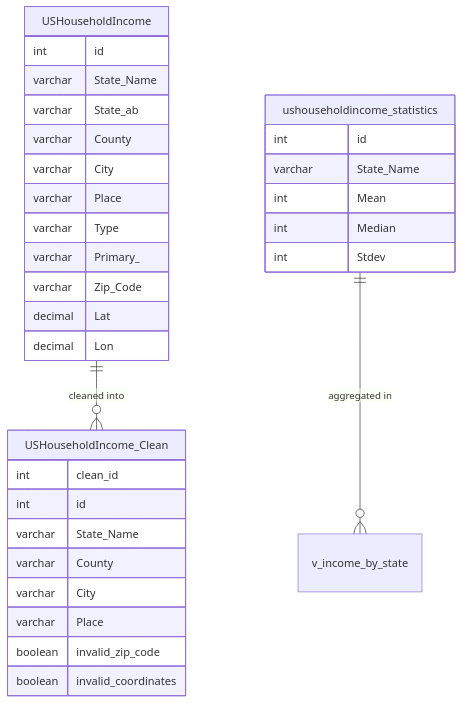
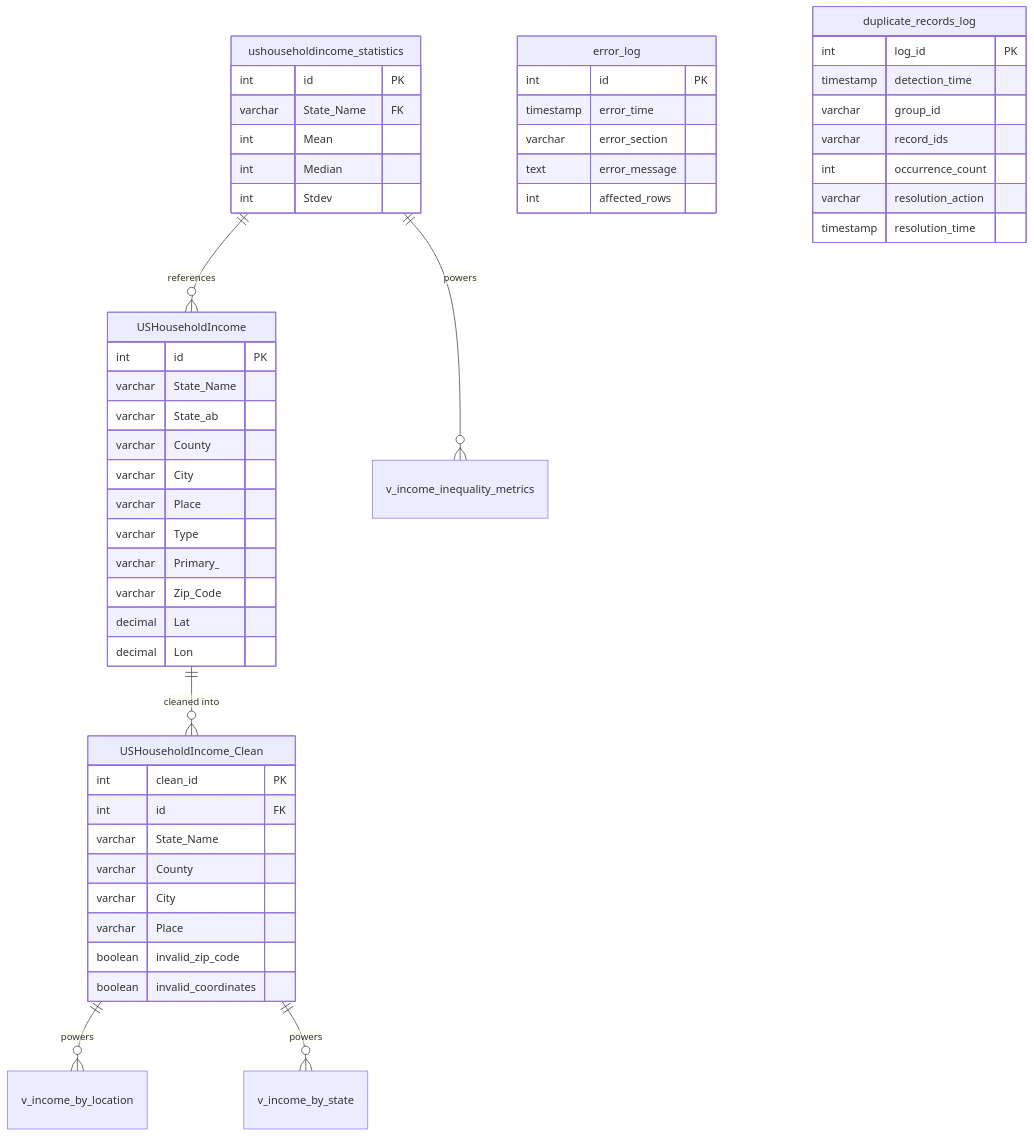
The fourth of 10 diagrams in us-household-income-analysis/README.md (tzolkowski96/tzolkowski96), drawn with Mermaid before and after one commit. The commit also changed other lines of this file, not shown here.

````diff
--- a/us-household-income-analysis/README.md
+++ b/us-household-income-analysis/README.md
@@ -387,38 +455,60 @@
 ```mermaid
 erDiagram
     USHouseholdIncome {
-        int id
+        int id PK
         varchar State_Name
         varchar State_ab
         varchar County
         varchar City
         varchar Place
         varchar Type
         varchar Primary_
         varchar Zip_Code
         decimal Lat
         decimal Lon
     }
     
     ushouseholdincome_statistics {
-        int id
-        varchar State_Name
+        int id PK
+        varchar State_Name FK
         int Mean
         int Median
         int Stdev
     }
     
     USHouseholdIncome_Clean {
-        int clean_id
-        int id
+        int clean_id PK
+        int id FK
         varchar State_Name
         varchar County
         varchar City
         varchar Place
         boolean invalid_zip_code
         boolean invalid_coordinates
     }
     
+    error_log {
+        int id PK
+        timestamp error_time
+        varchar error_section
+        text error_message
+        int affected_rows
+    }
+    
+    duplicate_records_log {
+        int log_id PK
+        timestamp detection_time
+        varchar group_id
+        varchar record_ids
+        int occurrence_count
+        varchar resolution_action
+        timestamp resolution_time
+    }
+    
     USHouseholdIncome ||--o{ USHouseholdIncome_Clean : "cleaned into"
-    ushouseholdincome_statistics ||--o{ v_income_by_state : "aggregated in"
+    ushouseholdincome_statistics ||--o{ USHouseholdIncome : "references"
+    
+    USHouseholdIncome_Clean ||--o{ v_income_by_location : "powers"
+    USHouseholdIncome_Clean ||--o{ v_income_by_state : "powers"
+    ushouseholdincome_statistics ||--o{ v_income_inequality_metrics : "powers"
 ```
````
